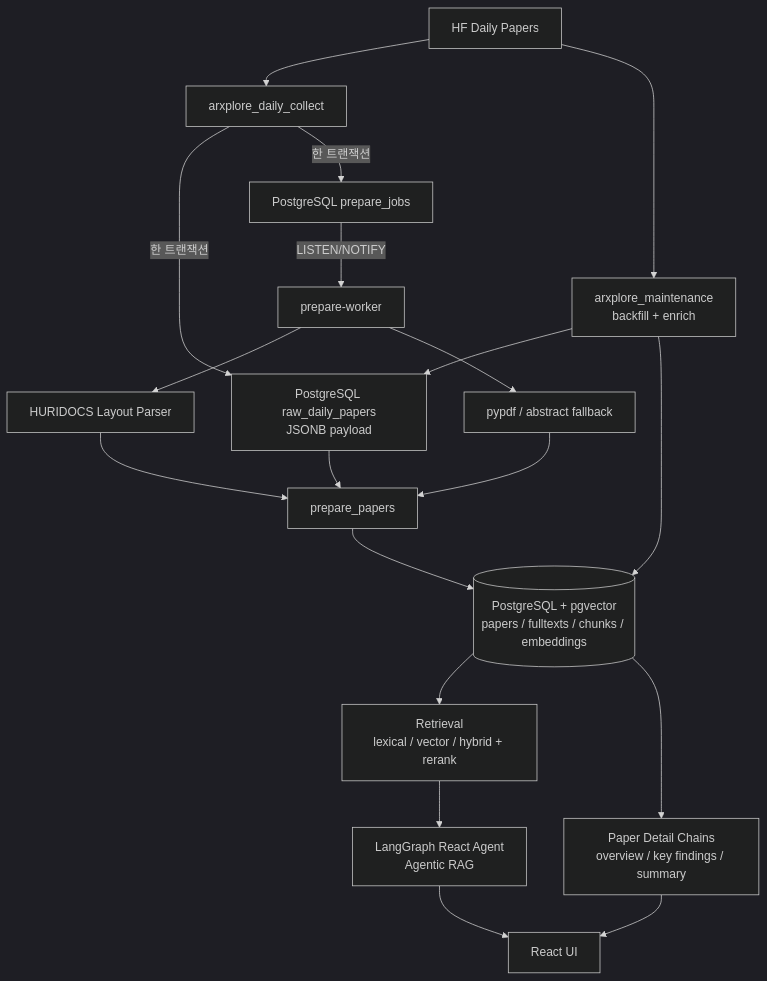
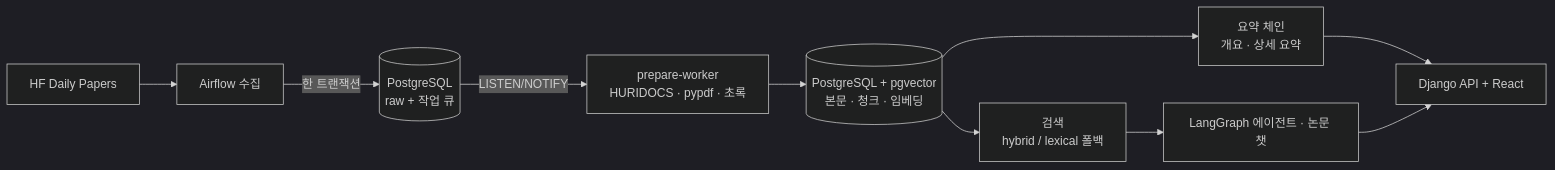
One commit to cwj0666/ArXplore changed the diagram in README.md. Above: the diagram before and after it, drawn with Mermaid (dark theme). The commit also changed other lines of this file and 12 other files, not shown here.

````diff
--- a/README.md
+++ b/README.md
@@ -39,21 +44,12 @@
 ```mermaid
-flowchart TD
-    A[HF Daily Papers] --> C[arxplore_daily_collect]
-    A --> D[arxplore_maintenance<br/>backfill + enrich]
-    C -->|한 트랜잭션| B[PostgreSQL raw_daily_papers<br/>JSONB payload]
-    C -->|한 트랜잭션| E[PostgreSQL prepare_jobs]
-    D --> B
-    E -->|LISTEN/NOTIFY| F[prepare-worker]
-    F --> G[HURIDOCS Layout Parser]
-    F --> H[pypdf / abstract fallback]
-    B --> I[prepare_papers]
-    G --> I
+flowchart LR
+    A[HF Daily Papers] --> B[Airflow 수집]
+    B -->|한 트랜잭션| C[(PostgreSQL<br/>raw + 작업 큐)]
+    C -->|LISTEN/NOTIFY| D[prepare-worker<br/>HURIDOCS · pypdf · 초록]
+    D --> E[(PostgreSQL + pgvector<br/>본문 · 청크 · 임베딩)]
+    E --> F[검색<br/>hybrid / lexical 폴백]
+    E --> G[요약 체인<br/>개요 · 상세 요약]
+    F --> H[LangGraph 에이전트 · 논문 챗]
+    G --> I[Django API + React]
     H --> I
-    I --> J[(PostgreSQL + pgvector<br/>papers / fulltexts / chunks / embeddings)]
-    D --> J
-    J --> K[Retrieval<br/>lexical / vector / hybrid + rerank]
-    J --> L[Paper Detail Chains<br/>overview / key findings / summary]
-    K --> M[LangGraph React Agent<br/>Agentic RAG]
-    L --> N[React UI]
-    M --> N
 ```
````
